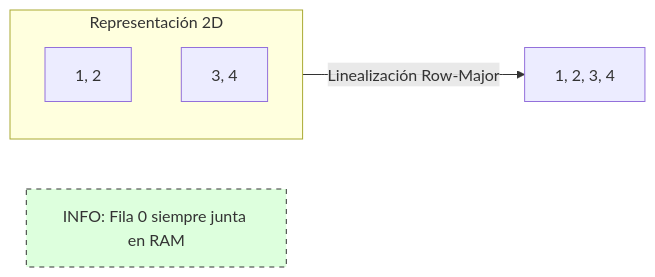
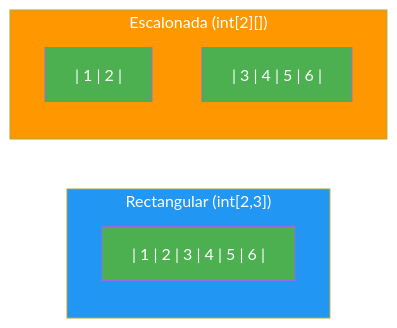
Before and after one commit to joseluisgs/Programacion-03-2026-2027: the first of 3 diagrams in 03-arrays-multidimensionales.md, drawn with Mermaid. The commit also changed other lines of this file and 7 other files, not shown here.

````diff
--- a/03-arrays-multidimensionales.md
+++ b/03-arrays-multidimensionales.md
@@ -69,10 +42,15 @@
 ```mermaid
 graph LR
-    subgraph MATRIZ_2D ["Representación 2D"]
-        F0["1, 2"]
-        F1["3, 4"]
+    subgraph RECT ["Rectangular (int[2,3])"]
+        R["| 1 | 2 | 3 | 4 | 5 | 6 |"]
     end
-    MATRIZ_2D -->|Linealización Row-Major| MEM["1, 2, 3, 4"]
-    INFO["INFO: Fila 0 siempre junta en RAM"]
-    style INFO fill:#dfd,stroke:#333,stroke-dasharray: 5 5
+    subgraph JAGGED ["Escalonada (int[2][])"]
+        J1["| 1 | 2 |"]
+        J2["| 3 | 4 | 5 | 6 |"]
+    end
+    style RECT fill:#2196F3,color:#fff
+    style JAGGED fill:#FF9800,color:#fff
+    style R fill:#4CAF50,color:#fff
+    style J1 fill:#4CAF50,color:#fff
+    style J2 fill:#4CAF50,color:#fff
 ```
````
